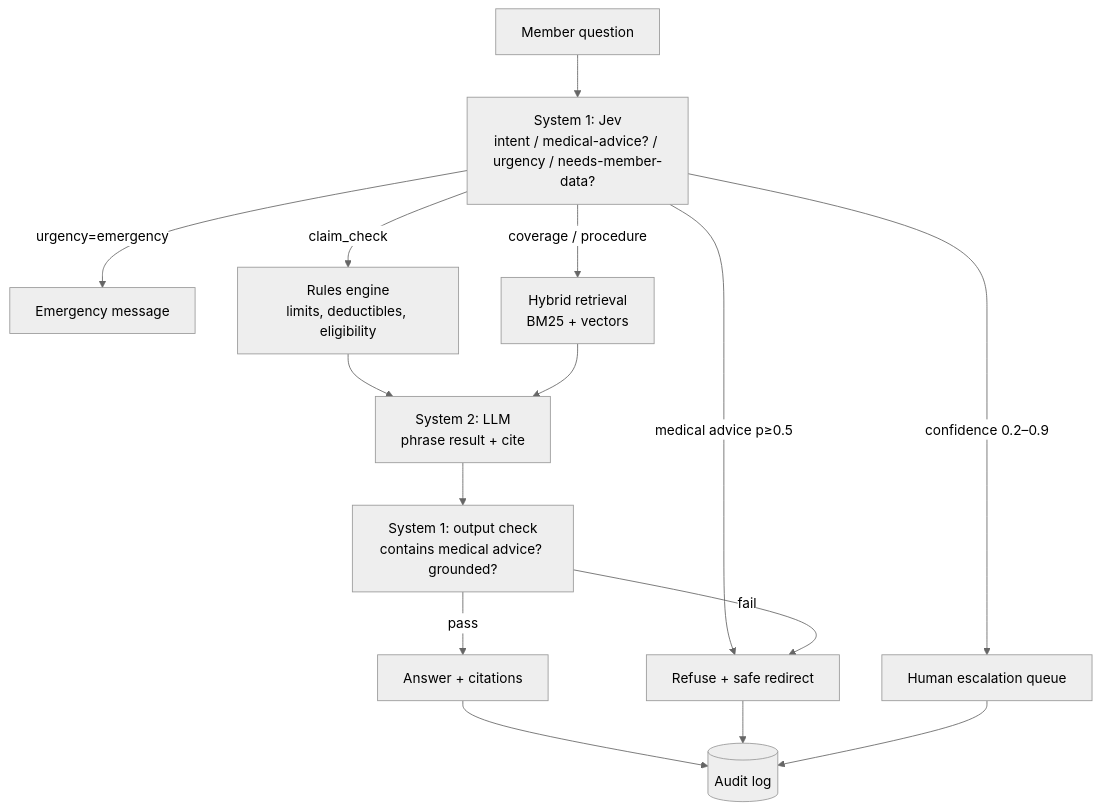
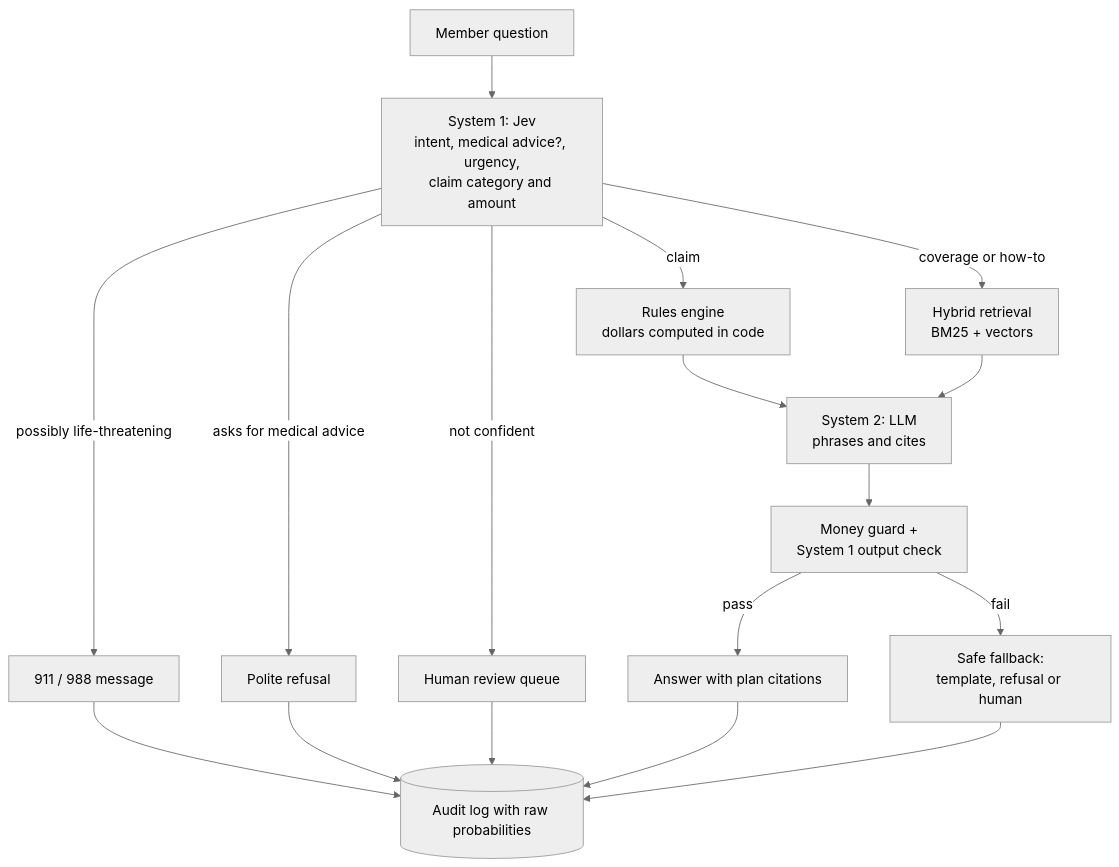
Before and after one commit to yasaswinpalukuri/benefitPilot: the diagram in README.md, drawn with Mermaid (neutral theme). The commit also changed other lines of this file and 2 other files, not shown here.

````diff
--- a/README.md
+++ b/README.md
@@ -15,17 +37,15 @@
 ```mermaid
 flowchart TD
-    U[Member question] --> J1[System 1: Jev<br/>intent / medical-advice? / urgency / needs-member-data?]
-    J1 -->|medical advice p≥0.5| R[Refuse + safe redirect]
-    J1 -->|urgency=emergency| E[Emergency message]
-    J1 -->|confidence 0.2–0.9| H[Human escalation queue]
-    J1 -->|claim_check| RE[Rules engine<br/>limits, deductibles, eligibility]
-    J1 -->|coverage / procedure| RAG[Hybrid retrieval<br/>BM25 + vectors]
-    RE --> L[System 2: LLM<br/>phrase result + cite]
+    U[Member question] --> J1[System 1: Jev<br/>intent, medical advice?, urgency,<br/>claim category and amount]
+    J1 -->|possibly life-threatening| E[911 / 988 message]
+    J1 -->|asks for medical advice| R[Polite refusal]
+    J1 -->|not confident| H[Human review queue]
+    J1 -->|claim| RE[Rules engine<br/>dollars computed in code]
+    J1 -->|coverage or how-to| RAG[Hybrid retrieval<br/>BM25 + vectors]
+    RE --> L[System 2: LLM<br/>phrases and cites]
     RAG --> L
-    L --> J2[System 1: output check<br/>contains medical advice? grounded?]
-    J2 -->|pass| A[Answer + citations]
-    J2 -->|fail| R
-    A --> LOG[(Audit log)]
-    R --> LOG
-    H --> LOG
+    L --> G[Money guard +<br/>System 1 output check]
+    G -->|pass| A[Answer with plan citations]
+    G -->|fail| S[Safe fallback:<br/>template, refusal or human]
+    E & R & H & A & S --> LOG[(Audit log with raw probabilities)]
 ```
````
